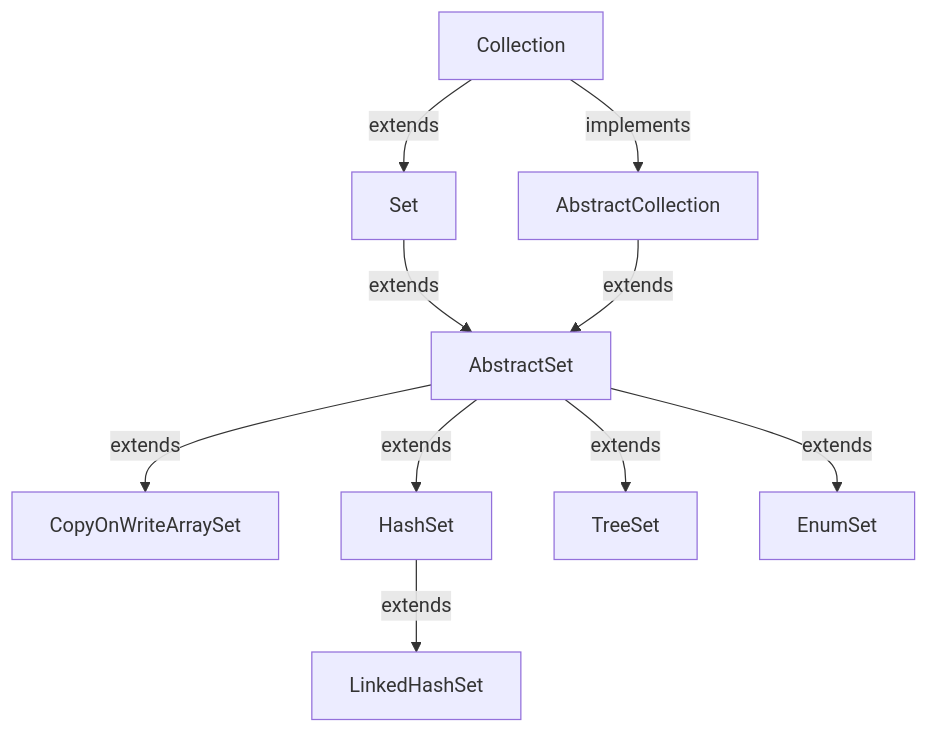
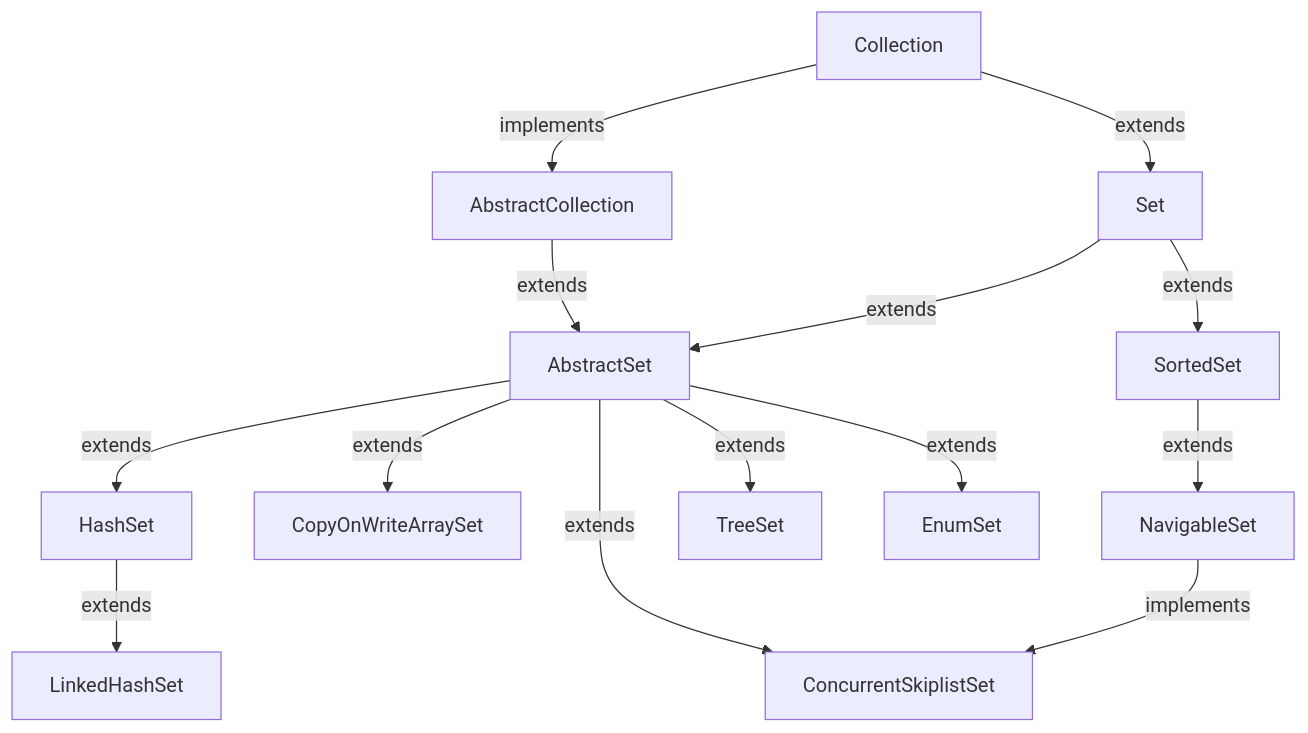
One commit to AvinandanBose/Java-Collection-Framework-and-Java-Set changed the sixth of 6 diagrams in README.md. Above: the diagram before and after it, drawn with Mermaid. The commit also changed other lines of this file, not shown here.

````diff
--- a/README.md
+++ b/README.md
@@ -1180,14 +1180,18 @@
 ```mermaid  
   
  graph TD;
     Collection-->|extends| Set;
     Collection-->|implements| AbstractCollection;
     Set-->|extends| AbstractSet;
+    Set-->|extends| SortedSet;
+    SortedSet-->|extends| NavigableSet;
+    NavigableSet-->|implements| ConcurrentSkiplistSet;
     AbstractCollection-->|extends| AbstractSet;
     AbstractSet-->|extends| CopyOnWriteArraySet;
     AbstractSet-->|extends| HashSet;
     HashSet-->|extends| LinkedHashSet;
     AbstractSet-->|extends| TreeSet;
     AbstractSet-->|extends| EnumSet;
+    AbstractSet-->|extends| ConcurrentSkiplistSet;
   
 ```
````
